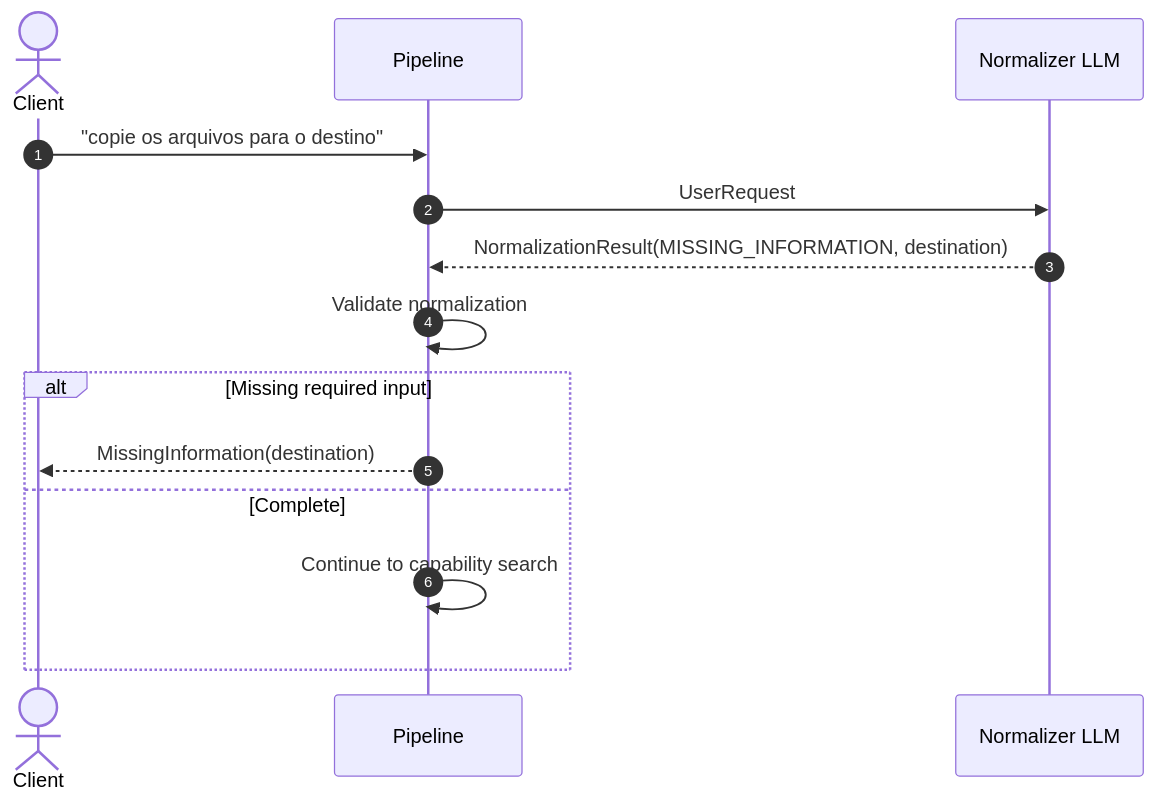
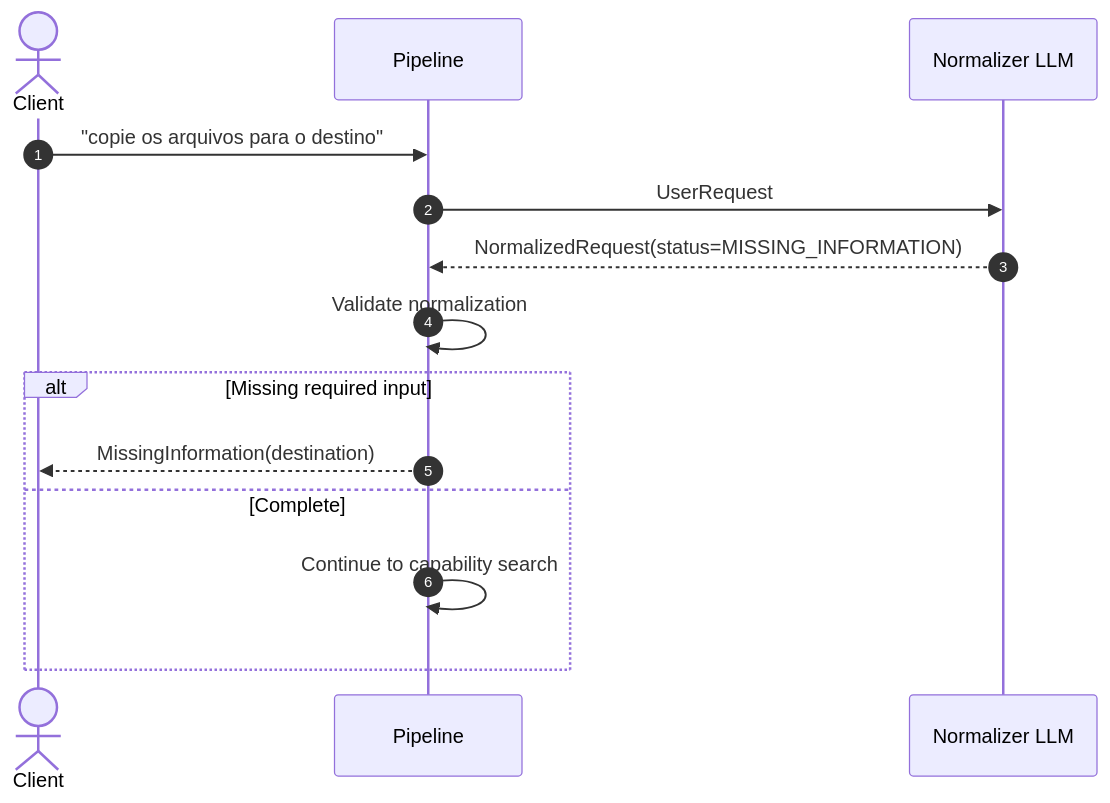
One commit to ahhvahh/ai-bash-generator changed the fifth of 9 diagrams in docs/pipeline/SEQUENCE_DIAGRAMS.md. Above: the diagram before and after it, drawn with Mermaid. The commit also changed other lines of this file, not shown here.

Commit message:
docs: align sequence diagrams with formal generator tool loop

````diff
--- a/docs/pipeline/SEQUENCE_DIAGRAMS.md
+++ b/docs/pipeline/SEQUENCE_DIAGRAMS.md
@@ -215,19 +215,19 @@
 ```mermaid
 sequenceDiagram
     autonumber
     actor Client
     participant P as Pipeline
     participant N as Normalizer LLM
 
     Client->>P: "copie os arquivos para o destino"
     P->>N: UserRequest
-    N-->>P: NormalizationResult(MISSING_INFORMATION, destination)
+    N-->>P: NormalizedRequest(status=MISSING_INFORMATION)
 
     P->>P: Validate normalization
 
     alt Missing required input
         P-->>Client: MissingInformation(destination)
     else Complete
         P->>P: Continue to capability search
     end
 ```
````
